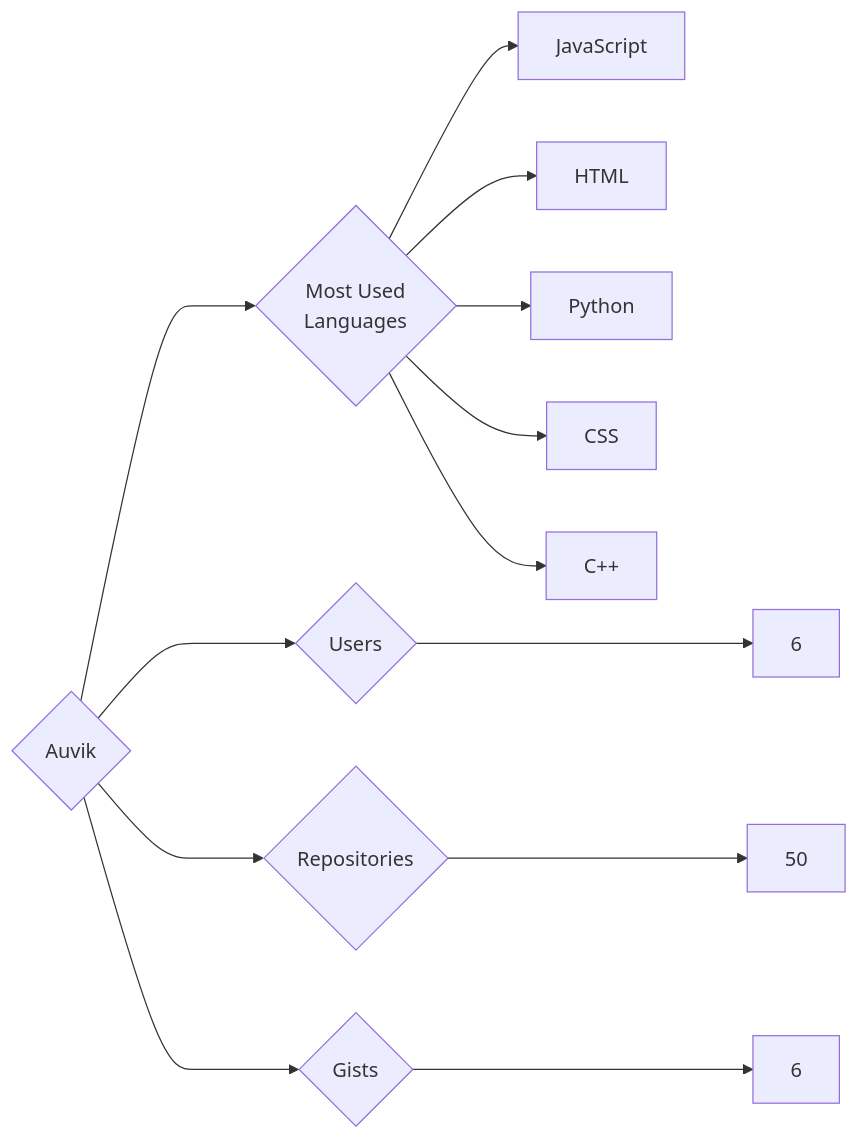
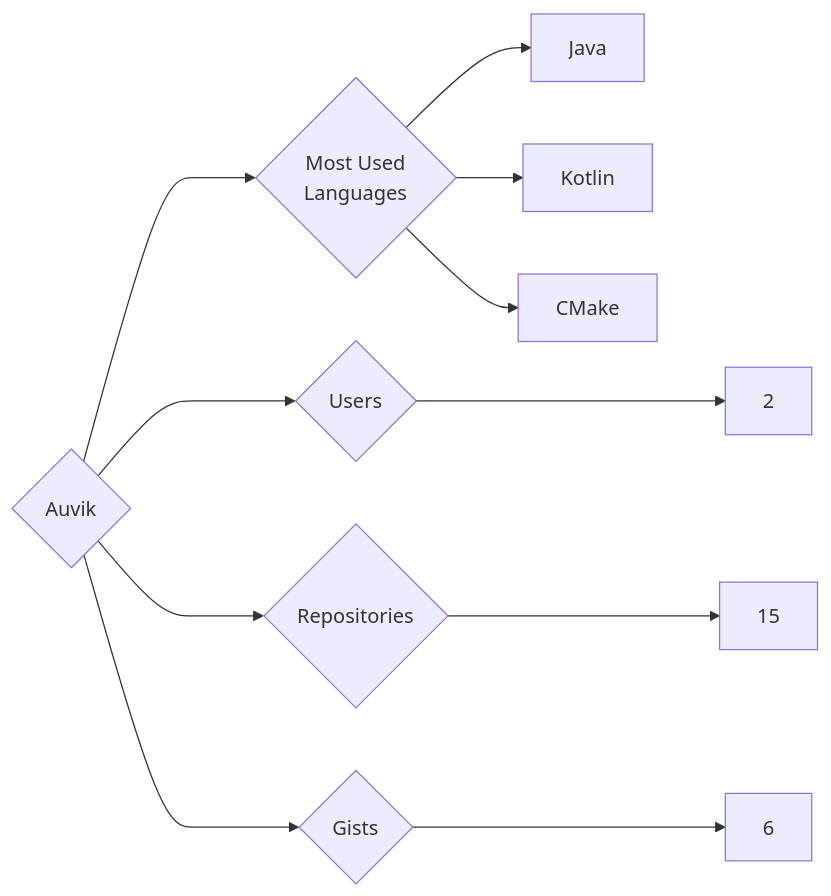
Before and after one commit to trickest/insiders: the diagram in targets/Auvik/README.md, drawn with Mermaid. The commit also changed 636 other files, not shown here.

````diff
--- a/targets/Auvik/README.md
+++ b/targets/Auvik/README.md
@@ -3,13 +3,11 @@
 ```mermaid
 graph LR
 COMPANY_NAME{Auvik}
-COMPANY_NAME ---> U{Users} ---> UN[6]
-COMPANY_NAME ---> R{Repositories} ---> RN[50]
+COMPANY_NAME ---> U{Users} ---> UN[2]
+COMPANY_NAME ---> R{Repositories} ---> RN[15]
 COMPANY_NAME ---> G{Gists} ---> GN[6]
 COMPANY_NAME ---> ML{Most Used<br>Languages}
-ML --> JavaScript[JavaScript]
-ML --> HTML[HTML]
-ML --> Python[Python]
-ML --> CSS[CSS]
-ML --> C++[C++]
+ML --> Java[Java]
+ML --> Kotlin[Kotlin]
+ML --> CMake[CMake]
 ```
````
